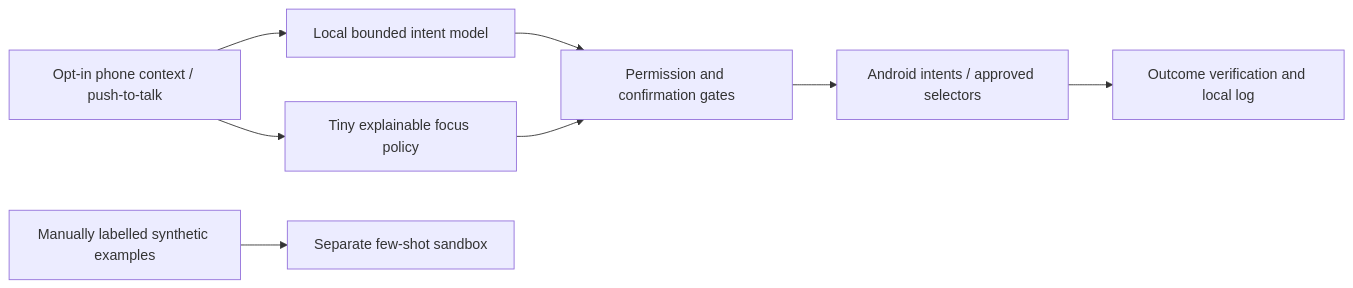
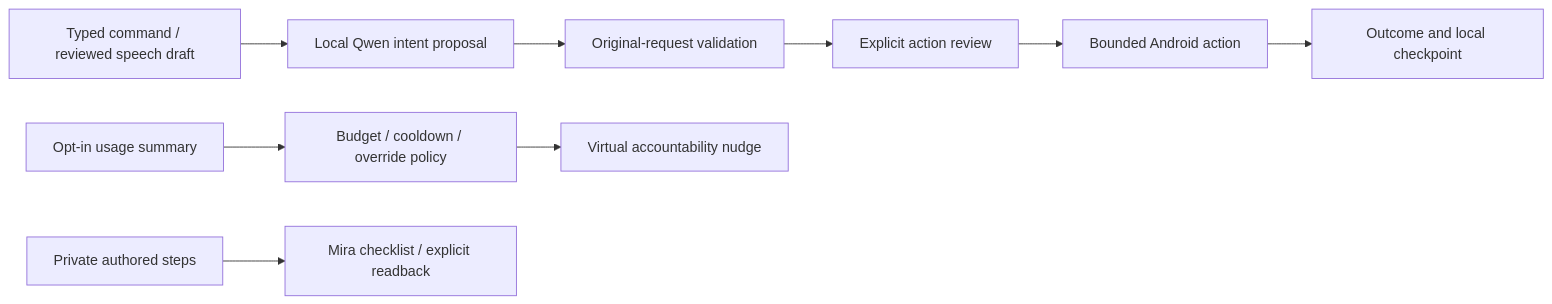
The diagram in README.md (sanjuhs/iqoo-focuspilot), drawn with Mermaid before and after one commit. The commit also changed other lines of this file and 12 other files, not shown here.

````diff
--- a/README.md
+++ b/README.md
@@ -206,10 +91,11 @@
 ```mermaid
 flowchart LR
-    A[Opt-in phone context / push-to-talk] --> B[Local bounded intent model]
-    A --> C[Tiny explainable focus policy]
-    B --> D[Permission and confirmation gates]
-    C --> D
-    D --> E[Android intents / approved selectors]
-    E --> F[Outcome verification and local log]
-    H[Manually labelled synthetic examples] --> G[Separate few-shot sandbox]
+    A[Typed command / reviewed speech draft] --> B[Local Qwen intent proposal]
+    B --> C[Original-request validation]
+    C --> D[Explicit action review]
+    D --> E[Bounded Android action]
+    E --> F[Outcome and local checkpoint]
+    G[Opt-in usage summary] --> H[Budget / cooldown / override policy]
+    H --> I[Virtual accountability nudge]
+    J[Private authored steps] --> K[Mira checklist / explicit readback]
 ```
````
